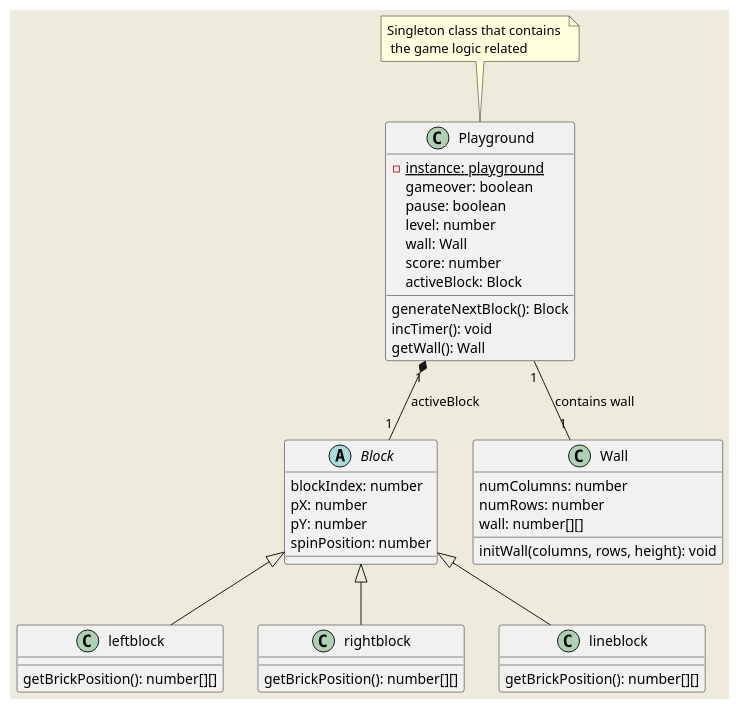
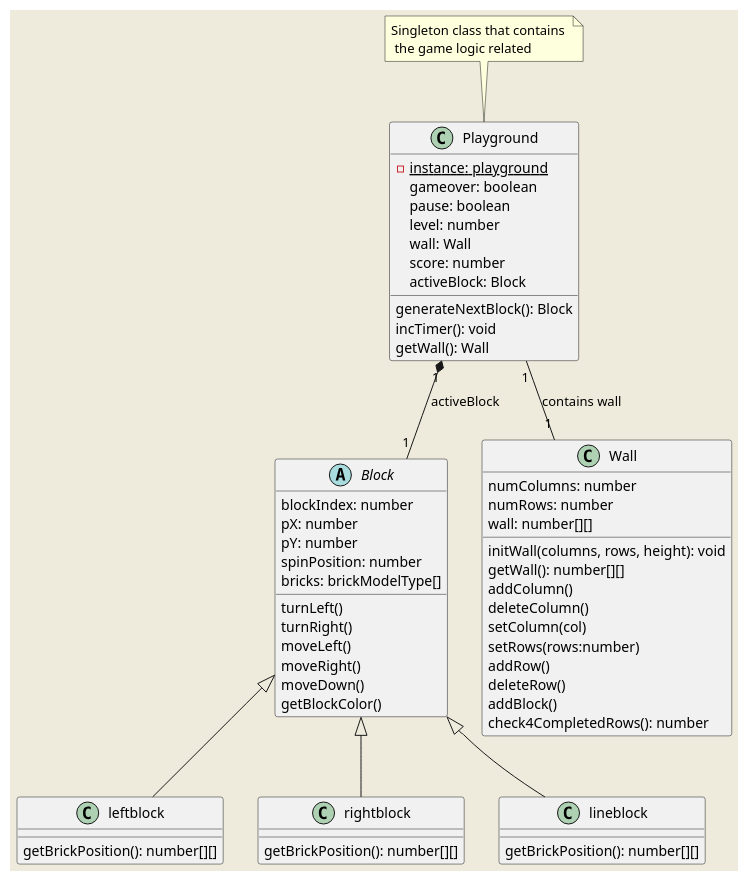
The diagram in doc/uml/domain_model.puml (pertan4711/reactris), drawn with PlantUML before and after one commit.

Commit message:
uml func

```diff
--- a/doc/uml/domain_model.puml
+++ b/doc/uml/domain_model.puml
@@ -1,59 +1,75 @@
 @startuml Domain Model
 skinparam BackgroundColor #EEEBDC
 
 abstract class "Block" as Block {
   blockIndex: number
   pX: number
   pY: number
   spinPosition: number
+  bricks: brickModelType[]
+  turnLeft()
+  turnRight()
+  moveLeft()
+  moveRight()
+  moveDown()
+  getBlockColor()
 }
 
 class leftblock extends Block {
   getBrickPosition(): number[][]
 }
 
 class rightblock extends Block {
   getBrickPosition(): number[][]
 }
 
 class lineblock extends Block {
   getBrickPosition(): number[][]
 }
 
 class "Playground" as Playground {
   - {static} instance: playground
   gameover: boolean
   pause: boolean
   level: number
   wall: Wall
   score: number
   activeBlock: Block
   ' initWallHeight: number
   ' brickSize: number
   ' brickSpace: number
   ' windowSizeX: number
   ' windowSizeY: number
   
   'getInstance(winX: number, winY: number): playground
   generateNextBlock(): Block
   incTimer(): void
   ' reset(): void
   getWall(): Wall
   ' getScore(): number
   ' updateBlockWallStatus(): void
 }
 
 note top of Playground : Singleton class that contains \n the game logic related
 
 class "Wall" as Wall {
   numColumns: number
   numRows: number
   wall: number[][]
   initWall(columns, rows, height): void
+  getWall(): number[][]
+  addColumn()
+  deleteColumn()
+  setColumn(col)
+  setRows(rows:number)
+  addRow()
+  deleteRow()
+  addBlock()
+  check4CompletedRows(): number
 }
 
 Playground "1" *-- "1" Block : activeBlock
 Playground "1" -- "1" Wall : contains wall
 
 
 @enduml
```
